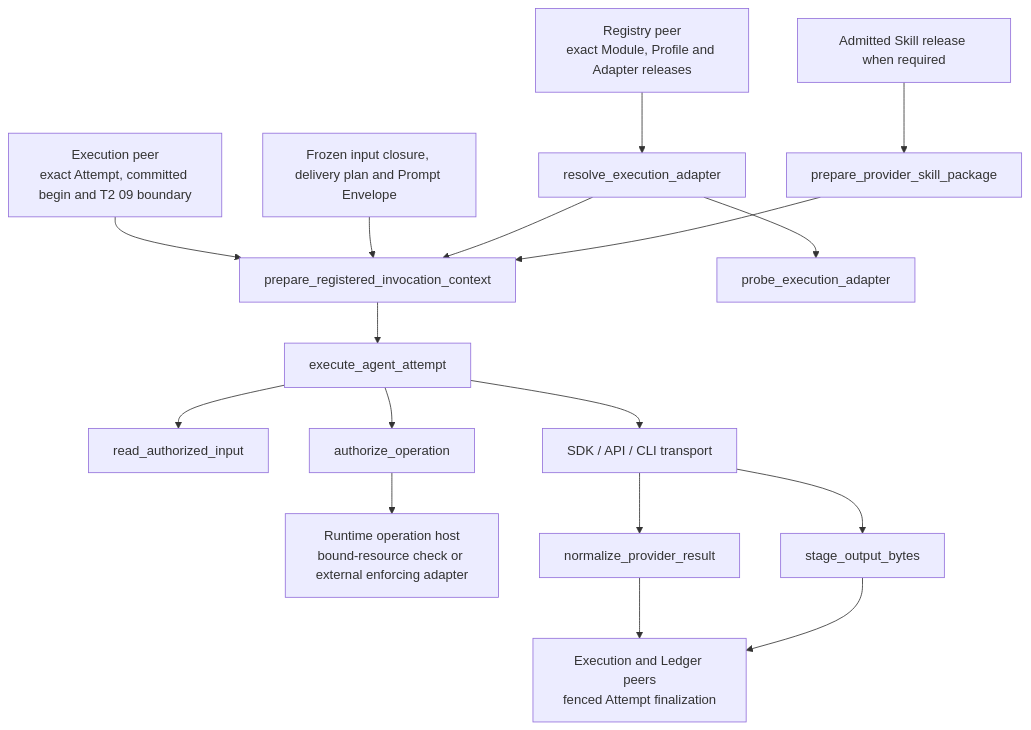
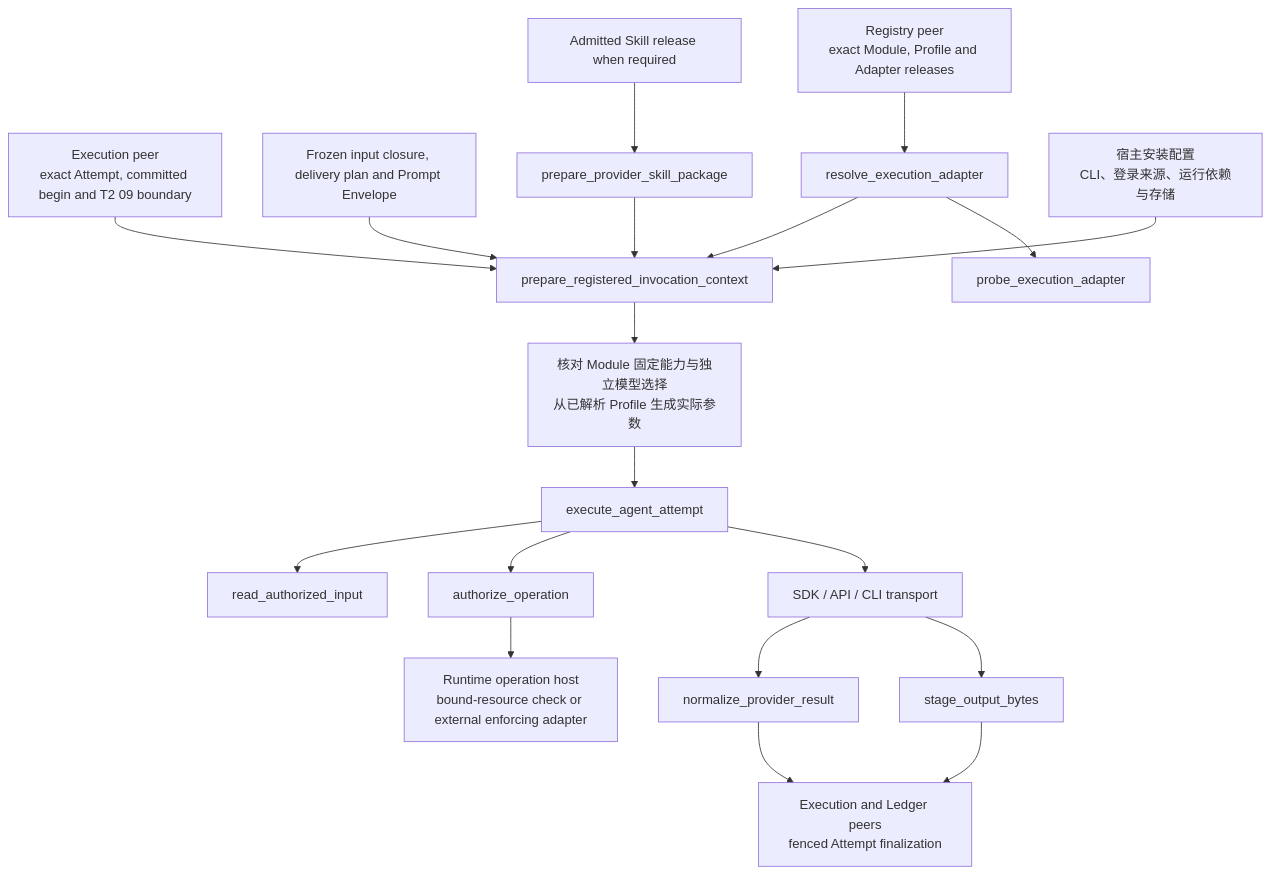
One commit to bobaoai/agent_runtime changed the first of 2 diagrams in designDoc/agent_runtime_08_agent_execution_adapter_contract.md. Above: the diagram before and after it, drawn with Mermaid. The commit also changed other lines of this file and 25 other files, not shown here.

````diff
--- a/designDoc/agent_runtime_08_agent_execution_adapter_contract.md
+++ b/designDoc/agent_runtime_08_agent_execution_adapter_contract.md
@@ -75,19 +75,21 @@
 ```mermaid
 flowchart TD
     E["Execution peer<br/>exact Attempt, committed begin and T2 09 boundary"] --> C["prepare_registered_invocation_context"]
     I["Frozen input closure, delivery plan and Prompt Envelope"] --> C
     R["Registry peer<br/>exact Module, Profile and Adapter releases"] --> A["resolve_execution_adapter"]
     A --> C
     A --> P["probe_execution_adapter"]
     S["Admitted Skill release when required"] --> K["prepare_provider_skill_package"]
     K --> C
-    C --> X["execute_agent_attempt"]
+    B["宿主安装配置<br/>CLI、登录来源、运行依赖与存储"] --> C
+    C --> G["核对 Module 固定能力与独立模型选择<br/>从已解析 Profile 生成实际参数"]
+    G --> X["execute_agent_attempt"]
     X --> U["read_authorized_input"]
     X --> T["authorize_operation"]
     T --> H["Runtime operation host<br/>bound-resource check or external enforcing adapter"]
     X --> V["SDK / API / CLI transport"]
     V --> N["normalize_provider_result"]
     V --> O["stage_output_bytes"]
     N --> F["Execution and Ledger peers<br/>fenced Attempt finalization"]
     O --> F
 ```
````
